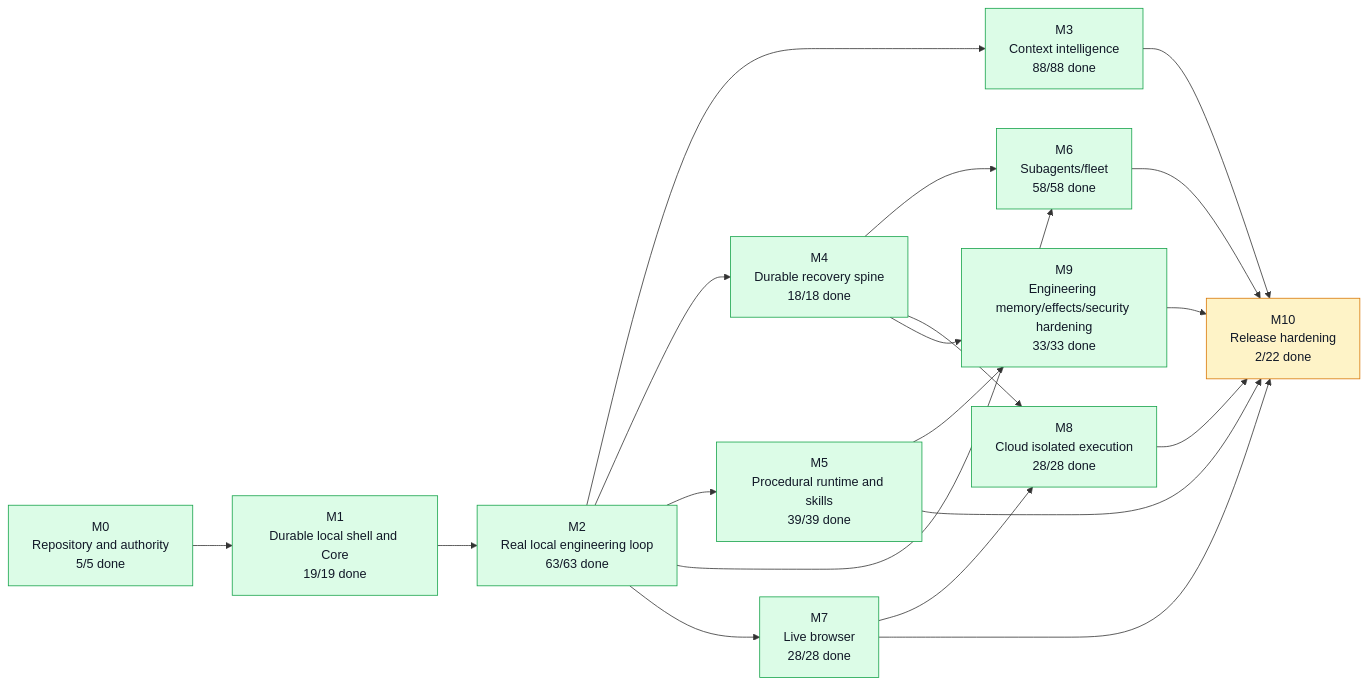
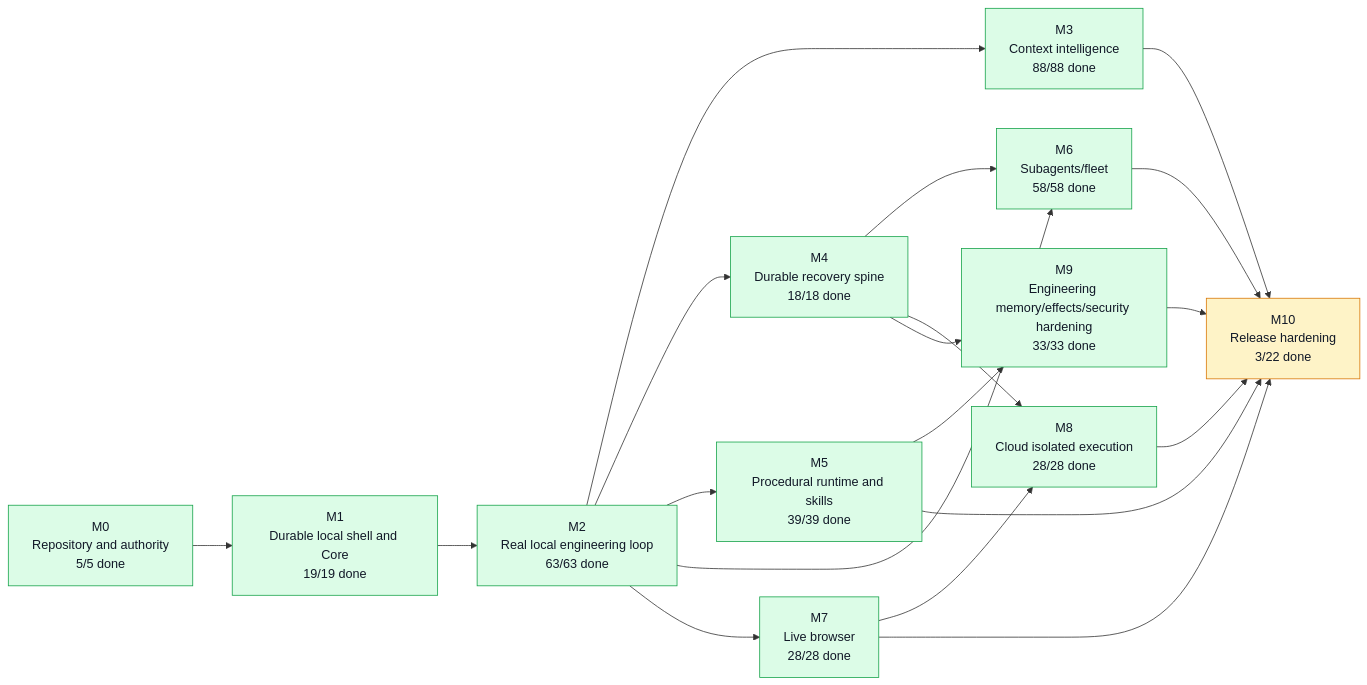
Before and after one commit to moss101/modbit: the first of 5 diagrams in graph/PROJECT_GRAPH.md, drawn with Mermaid. The commit also changed other lines of this file and 5 other files, not shown here.

````diff
--- a/graph/PROJECT_GRAPH.md
+++ b/graph/PROJECT_GRAPH.md
@@ -57,43 +57,43 @@
 ```mermaid
 flowchart LR
   M0["M0<br/>Repository and authority<br/>5/5 done"]
   M1["M1<br/>Durable local shell and Core<br/>19/19 done"]
   M2["M2<br/>Real local engineering loop<br/>63/63 done"]
   M3["M3<br/>Context intelligence<br/>88/88 done"]
   M4["M4<br/>Durable recovery spine<br/>18/18 done"]
   M5["M5<br/>Procedural runtime and skills<br/>39/39 done"]
   M6["M6<br/>Subagents/fleet<br/>58/58 done"]
   M7["M7<br/>Live browser<br/>28/28 done"]
   M8["M8<br/>Cloud isolated execution<br/>28/28 done"]
   M9["M9<br/>Engineering memory/effects/security hardening<br/>33/33 done"]
-  M10["M10<br/>Release hardening<br/>2/22 done"]
+  M10["M10<br/>Release hardening<br/>3/22 done"]
   M0 --> M1
   M1 --> M2
   M2 --> M3
   M2 --> M4
   M2 --> M5
   M2 --> M6
   M4 --> M6
   M2 --> M7
   M4 --> M8
   M7 --> M8
   M4 --> M9
   M5 --> M9
   M3 --> M10
   M5 --> M10
   M6 --> M10
   M7 --> M10
   M8 --> M10
   M9 --> M10
   style M0 fill:#dcfce7,stroke:#16a34a,color:#111827
   style M1 fill:#dcfce7,stroke:#16a34a,color:#111827
   style M2 fill:#dcfce7,stroke:#16a34a,color:#111827
   style M3 fill:#dcfce7,stroke:#16a34a,color:#111827
   style M4 fill:#dcfce7,stroke:#16a34a,color:#111827
   style M5 fill:#dcfce7,stroke:#16a34a,color:#111827
   style M6 fill:#dcfce7,stroke:#16a34a,color:#111827
   style M7 fill:#dcfce7,stroke:#16a34a,color:#111827
   style M8 fill:#dcfce7,stroke:#16a34a,color:#111827
   style M9 fill:#dcfce7,stroke:#16a34a,color:#111827
   style M10 fill:#fef3c7,stroke:#d97706,color:#111827
 ```
````
